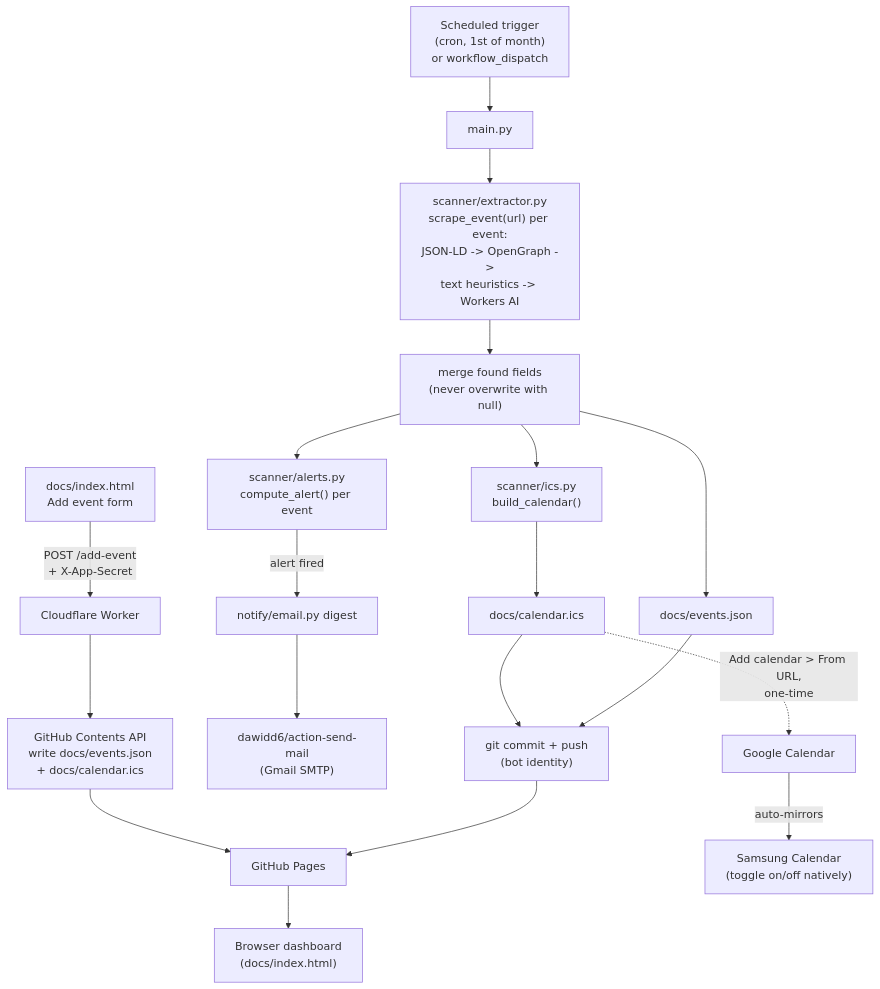
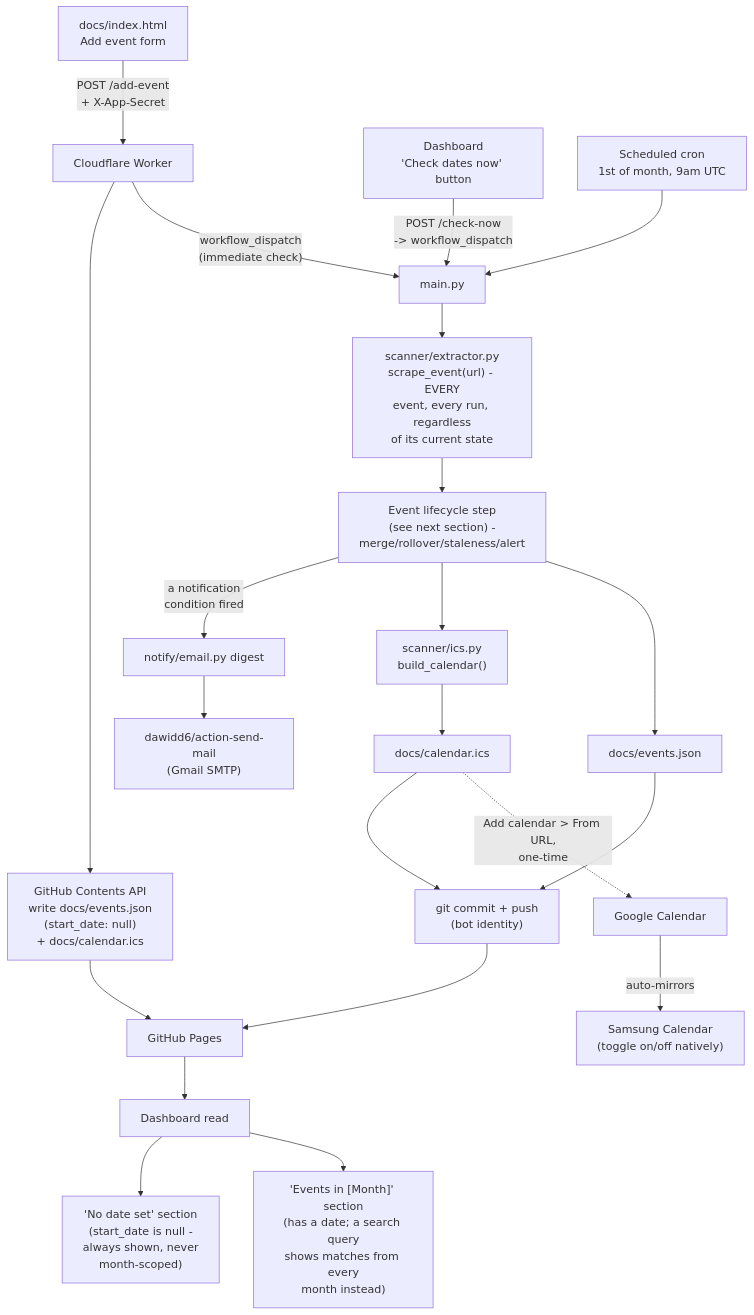
The first of 2 diagrams in ARCHITECTURE.md (apineschi/calendar-app), drawn with Mermaid before and after one commit. The commit also changed other lines of this file and 9 other files, not shown here.

````diff
--- a/ARCHITECTURE.md
+++ b/ARCHITECTURE.md
@@ -46,21 +46,24 @@
 ```mermaid
 flowchart TD
     A["docs/index.html\nAdd event form"] -->|"POST /add-event\n+ X-App-Secret"| B["Cloudflare Worker"]
-    B --> C["GitHub Contents API\nwrite docs/events.json\n+ docs/calendar.ics"]
-    D["Scheduled trigger\n(cron, 1st of month)\nor workflow_dispatch"] --> E["main.py"]
-    E --> F["scanner/extractor.py\nscrape_event(url) per event:\nJSON-LD -> OpenGraph ->\ntext heuristics -> Workers AI"]
-    F --> G["merge found fields\n(never overwrite with null)"]
-    G --> H["scanner/alerts.py\ncompute_alert() per event"]
-    H -->|"alert fired"| I["notify/email.py digest"]
+    B --> C["GitHub Contents API\nwrite docs/events.json\n(start_date: null)\n+ docs/calendar.ics"]
+    B -->|"workflow_dispatch\n(immediate check)"| E
+    Z["Dashboard\n'Check dates now' button"] -->|"POST /check-now\n-> workflow_dispatch"| E
+    D["Scheduled cron\n1st of month, 9am UTC"] --> E["main.py"]
+    E --> F["scanner/extractor.py\nscrape_event(url) - EVERY\nevent, every run, regardless\nof its current state"]
+    F --> G["Event lifecycle step\n(see next section) -\nmerge/rollover/staleness/alert"]
+    G -->|"a notification\ncondition fired"| I["notify/email.py digest"]
     I --> J["dawidd6/action-send-mail\n(Gmail SMTP)"]
     G --> K["scanner/ics.py\nbuild_calendar()"]
     K --> L["docs/calendar.ics"]
     G --> M["docs/events.json"]
     L --> N["git commit + push\n(bot identity)"]
     M --> N
     C --> O["GitHub Pages"]
     N --> O
-    O --> P["Browser dashboard\n(docs/index.html)"]
+    O --> P["Dashboard read"]
+    P --> P1["'No date set' section\n(start_date is null -\nalways shown, never\nmonth-scoped)"]
+    P --> P2["'Events in [Month]' section\n(has a date; a search query\nshows matches from every\nmonth instead)"]
     L -.->|"Add calendar > From URL,\none-time"| Q["Google Calendar"]
     Q -->|"auto-mirrors"| R["Samsung Calendar\n(toggle on/off natively)"]
 ```
````
